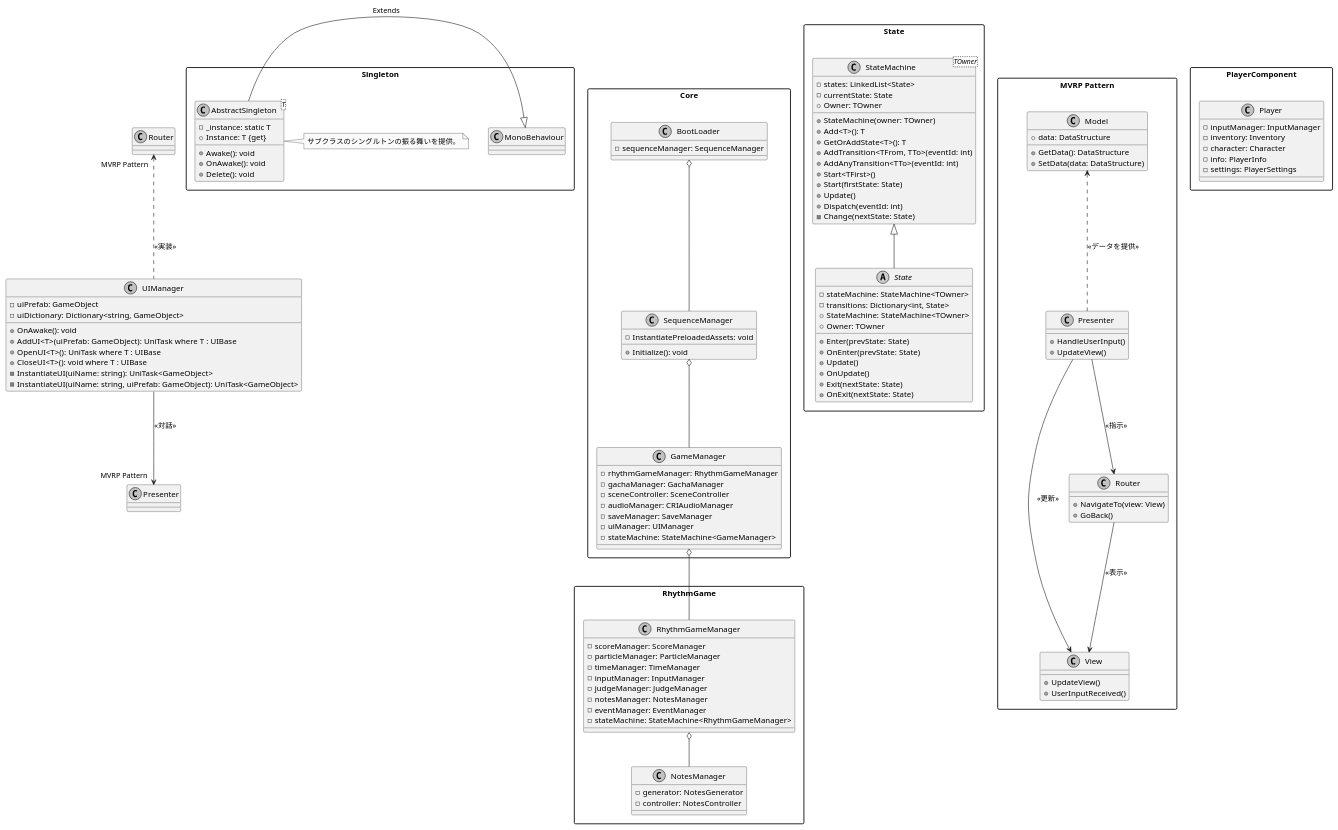
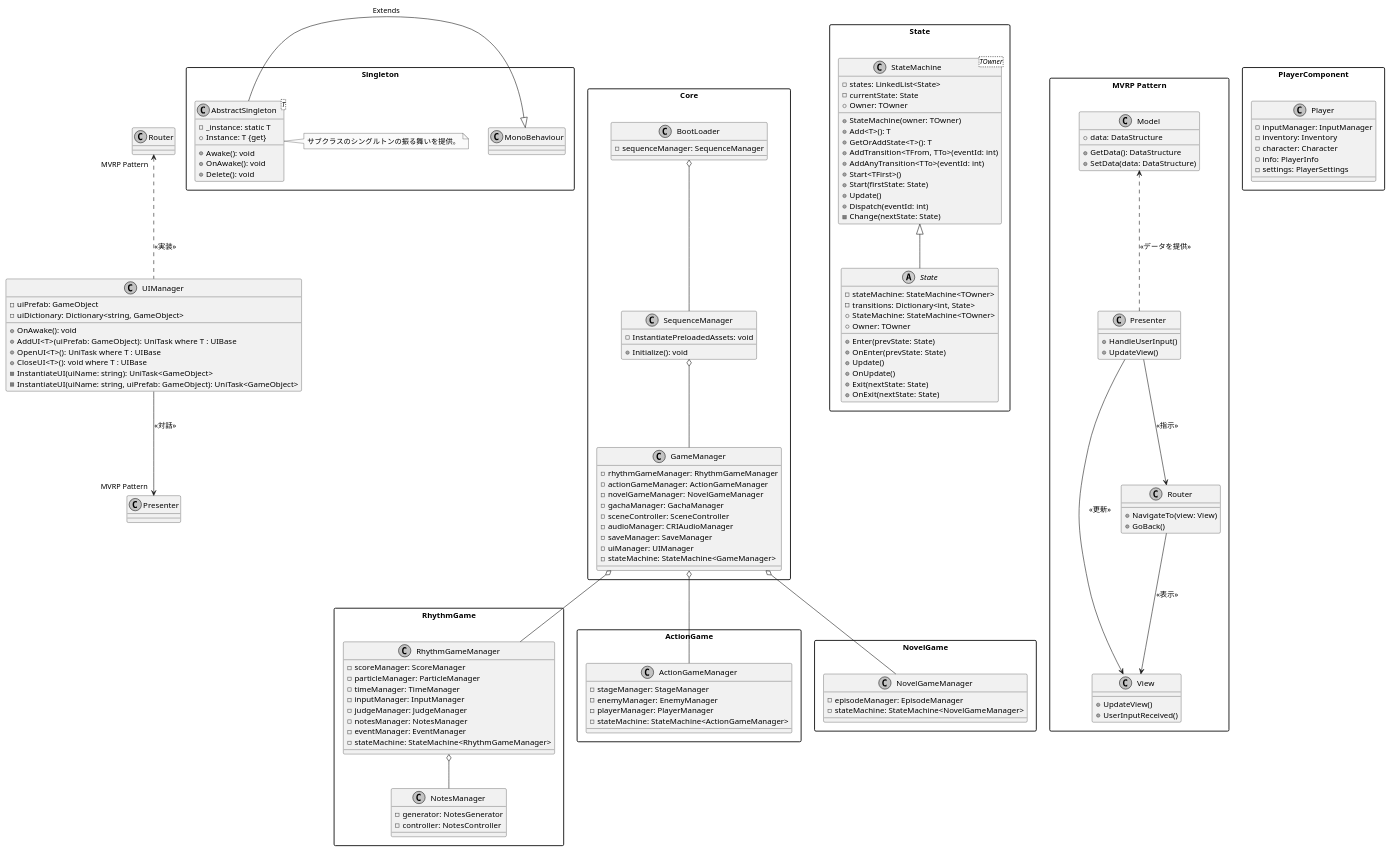
Before and after one commit to Hikanyan/ChronicleDimension: the diagram in Assets/ChronicleDimensionProject/ClassTree/ClassTree.puml, drawn with PlantUML. The commit also changed 1 other file, not shown here.

```diff
--- a/Assets/ChronicleDimensionProject/ClassTree/ClassTree.puml
+++ b/Assets/ChronicleDimensionProject/ClassTree/ClassTree.puml
@@ -1,156 +1,178 @@
 @startuml
 
 skinparam packageStyle rect
 skinparam monochrome true
 
 package Core {
     class BootLoader {
         -sequenceManager: SequenceManager
     }
 
     class SequenceManager {
         +Initialize(): void
         -InstantiatePreloadedAssets: void
     }
 
     class GameManager {
         -rhythmGameManager: RhythmGameManager
+        -actionGameManager: ActionGameManager
+        -novelGameManager: NovelGameManager
         -gachaManager: GachaManager
         -sceneController: SceneController
         -audioManager: CRIAudioManager
         -saveManager: SaveManager
         -uiManager: UIManager
         -stateMachine: StateMachine<GameManager>
     }
 
     BootLoader o-- SequenceManager
     SequenceManager o-- GameManager
 }
 
 package Singleton {
     class AbstractSingleton<T> {
         -_instance: static T
         +Instance: T {get}
         +Awake(): void
         +OnAwake(): void
         +Delete(): void
     }
 
     class MonoBehaviour {
         ' UnityのMonoBehaviour
     }
 
     AbstractSingleton -|> MonoBehaviour: Extends
     note right of AbstractSingleton
       サブクラスのシングルトンの振る舞いを提供。
     end note
 }
 
 package State {
     class StateMachine<TOwner> {
         -states: LinkedList<State>
         -currentState: State
         +Owner: TOwner
         +StateMachine(owner: TOwner)
         +Add<T>(): T
         +GetOrAddState<T>(): T
         +AddTransition<TFrom, TTo>(eventId: int)
         +AddAnyTransition<TTo>(eventId: int)
         +Start<TFirst>()
         +Start(firstState: State)
         +Update()
         +Dispatch(eventId: int)
         -Change(nextState: State)
     }
 
     abstract class State {
         -stateMachine: StateMachine<TOwner>
         -transitions: Dictionary<int, State>
         +StateMachine: StateMachine<TOwner>
         +Owner: TOwner
         +Enter(prevState: State)
         +OnEnter(prevState: State)
         +Update()
         +OnUpdate()
         +Exit(nextState: State)
         +OnExit(nextState: State)
     }
 
     StateMachine <|-- State
 }
 
 package "MVRP Pattern" {
     class Model {
         +data: DataStructure
         +GetData(): DataStructure
         +SetData(data: DataStructure)
     }
 
     class View {
         +UpdateView()
         +UserInputReceived()
     }
 
     class Router {
         +NavigateTo(view: View)
         +GoBack()
     }
 
     class Presenter {
         +HandleUserInput()
         +UpdateView()
     }
 
     Model <.. Presenter : <<データを提供>>
     Presenter --> View : <<更新>>
     Presenter --> Router : <<指示>>
     Router --> View : <<表示>>
 }
 
 class UIManager {
     -uiPrefab: GameObject
     -uiDictionary: Dictionary<string, GameObject>
     
     +OnAwake(): void
     +AddUI<T>(uiPrefab: GameObject): UniTask where T : UIBase
     +OpenUI<T>(): UniTask where T : UIBase
     +CloseUI<T>(): void where T : UIBase
     -InstantiateUI(uiName: string): UniTask<GameObject>
     -InstantiateUI(uiName: string, uiPrefab: GameObject): UniTask<GameObject>
 }
 
 UIManager .up.> "MVRP Pattern".Router : <<実装>>
 UIManager --> "MVRP Pattern".Presenter : <<対話>>
 
 package RhythmGame {
     class RhythmGameManager {
         -scoreManager: ScoreManager
         -particleManager: ParticleManager
         -timeManager: TimeManager
         -inputManager: InputManager
         -judgeManager: JudgeManager
         -notesManager: NotesManager
         -eventManager: EventManager
         -stateMachine: StateMachine<RhythmGameManager>
     }
 
     class NotesManager {
         -generator: NotesGenerator
         -controller: NotesController
     }
 
     GameManager o-- RhythmGameManager
     RhythmGameManager o-- NotesManager
 }
 
+package ActionGame {
+    class ActionGameManager {
+        -stageManager: StageManager
+        -enemyManager: EnemyManager
+        -playerManager: PlayerManager
+        -stateMachine: StateMachine<ActionGameManager>
+    }
+
+    GameManager o-- ActionGameManager
+}
+
+package NovelGame {
+    class NovelGameManager {
+        -episodeManager: EpisodeManager
+        -stateMachine: StateMachine<NovelGameManager>
+    }
+
+    GameManager o-- NovelGameManager
+}
+
 package PlayerComponent {
     class Player {
         -inputManager: InputManager
         -inventory: Inventory
         -character: Character
         -info: PlayerInfo
         -settings: PlayerSettings
     }
 }
 
 @enduml
```
